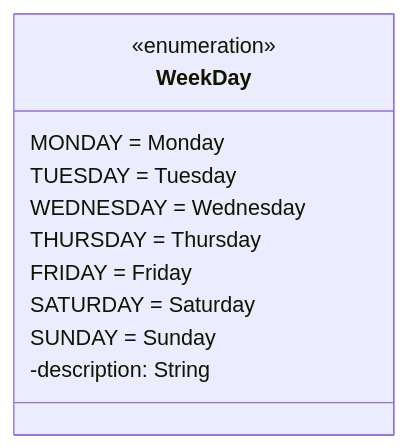
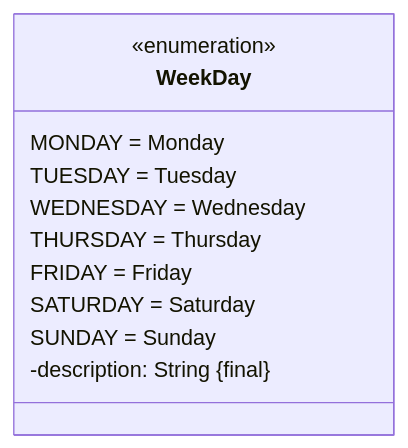
Before and after one commit to jappuccini/java-docs: the second of 11 diagrams in docs/documentation/uml/class-diagrams.mdx, drawn with Mermaid. The commit also changed other lines of this file and 33 other files, not shown here.

Commit message:
add final-property, change getter-description, change list- and map-declarations

````diff
--- a/docs/documentation/uml/class-diagrams.mdx
+++ b/docs/documentation/uml/class-diagrams.mdx
@@ -77,14 +77,14 @@
 ```mermaid
 classDiagram
     class WeekDay {
         <<enumeration>>
         MONDAY = Monday
         TUESDAY = Tuesday
         WEDNESDAY = Wednesday
         THURSDAY = Thursday
         FRIDAY = Friday
         SATURDAY = Saturday
        SUNDAY = Sunday
-        -description: String
+        -description: String &#123final&#125
     }
 ```
````
